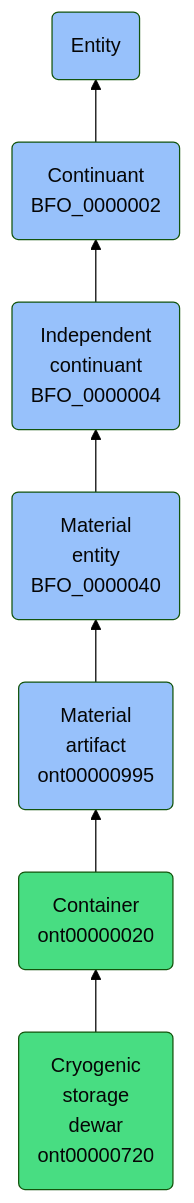
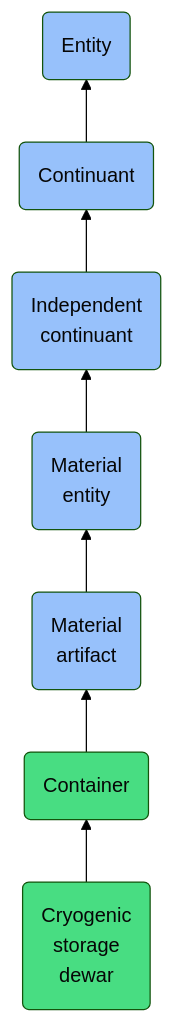
One commit to jupyter-naas/abi changed the diagram in docs/ontology/reference/model/Entity/Continuant/Independent continuant/Material entity/Material artifact/Container/Cryogenic storage dewar/Cryogenic storage dewar.md. Above: the diagram before and after it, drawn with Mermaid (forest theme). The commit also changed other lines of this file and 1430 other files, not shown here.

````diff
--- a/docs/ontology/reference/model/Entity/Continuant/Independent continuant/Material entity/Material artifact/Container/Cryogenic storage dewar/Cryogenic storage dewar.md
+++ b/docs/ontology/reference/model/Entity/Continuant/Independent continuant/Material entity/Material artifact/Container/Cryogenic storage dewar/Cryogenic storage dewar.md
@@ -24,14 +24,14 @@
 ```mermaid
 graph BT
-    ont00000720(Cryogenic<br>storage<br>dewar<br>ont00000720):::ABI-->ont00000020
-    ont00000020(Container<br>ont00000020):::ABI-->ont00000995
-    ont00000995(Material<br>artifact<br>ont00000995):::BFO-->BFO_0000040
-    BFO_0000040(Material<br>entity<br>BFO_0000040):::BFO-->BFO_0000004
-    BFO_0000004(Independent<br>continuant<br>BFO_0000004):::BFO-->BFO_0000002
-    BFO_0000002(Continuant<br>BFO_0000002):::BFO-->BFO_0000001
+    ont00000720(Cryogenic<br>storage<br>dewar):::ABI-->ont00000020
+    ont00000020(Container):::ABI-->ont00000995
+    ont00000995(Material<br>artifact):::BFO-->BFO_0000040
+    BFO_0000040(Material<br>entity):::BFO-->BFO_0000004
+    BFO_0000004(Independent<br>continuant):::BFO-->BFO_0000002
+    BFO_0000002(Continuant):::BFO-->BFO_0000001
     BFO_0000001(Entity):::BFO
     
     classDef BFO fill:#97c1fb,color:#060606
     classDef CCO fill:#e4c51e,color:#060606
     classDef ABI fill:#48DD82,color:#060606
 ```
````
